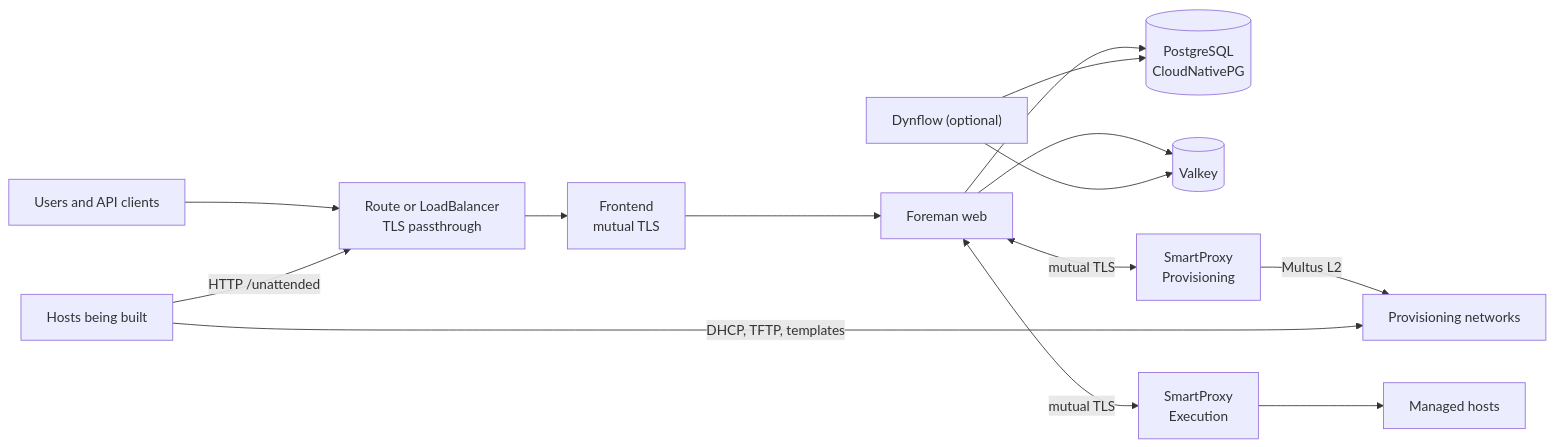
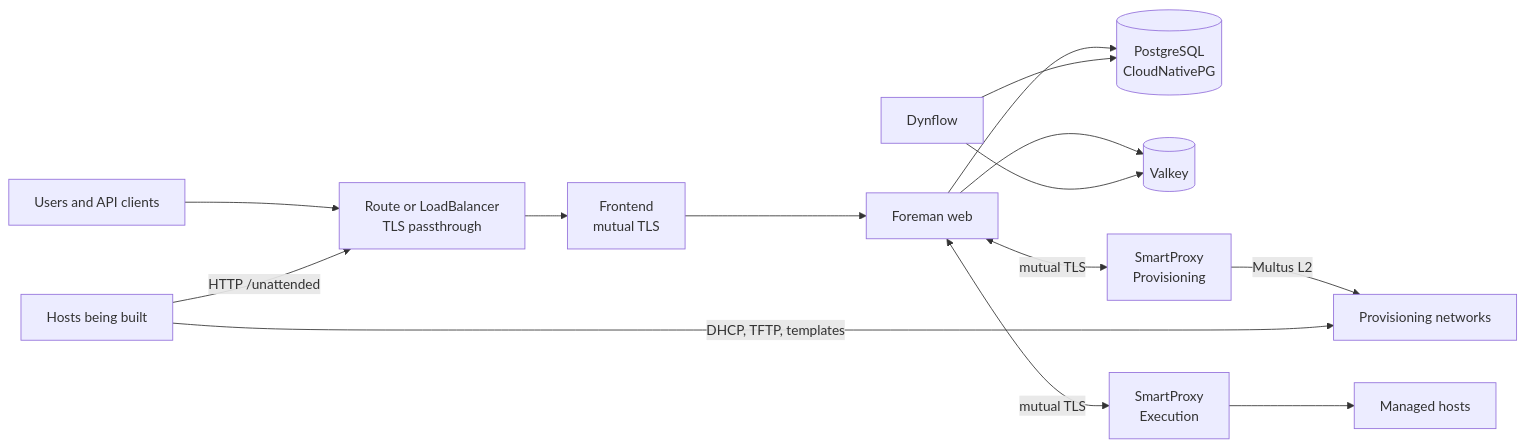
One commit to slauger/foreman-operator changed the diagram in README.md. Above: the diagram before and after it, drawn with Mermaid. The commit also changed other lines of this file and 10 other files, not shown here.

````diff
--- a/README.md
+++ b/README.md
@@ -42,18 +42,18 @@
 ```mermaid
 flowchart LR
     Users["Users and API clients"] --> Edge["Route or LoadBalancer<br/>TLS passthrough"]
     Build["Hosts being built"] -->|"HTTP /unattended"| Edge
     Edge --> Frontend["Frontend<br/>mutual TLS"]
     Frontend --> Web["Foreman web"]
 
     Web --> PG[("PostgreSQL<br/>CloudNativePG")]
     Web --> Valkey[("Valkey")]
-    Dynflow["Dynflow (optional)"] --> PG
+    Dynflow["Dynflow"] --> PG
     Dynflow --> Valkey
 
     Web <-->|"mutual TLS"| Prov["SmartProxy<br/>Provisioning"]
     Web <-->|"mutual TLS"| Exec["SmartProxy<br/>Execution"]
     Prov -->|"Multus L2"| Net["Provisioning networks"]
     Build -->|"DHCP, TFTP, templates"| Net
     Exec --> Hosts["Managed hosts"]
 ```
````
